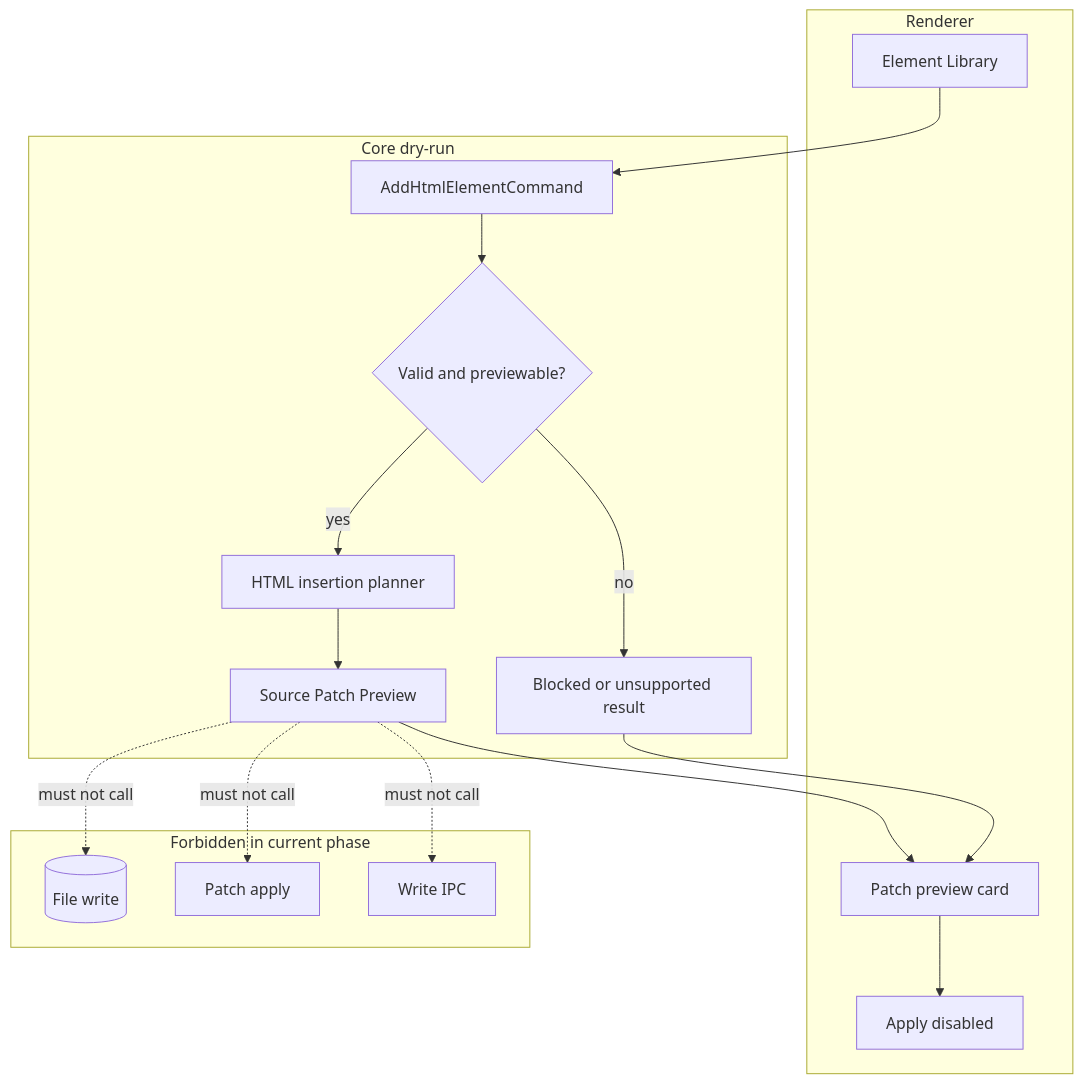
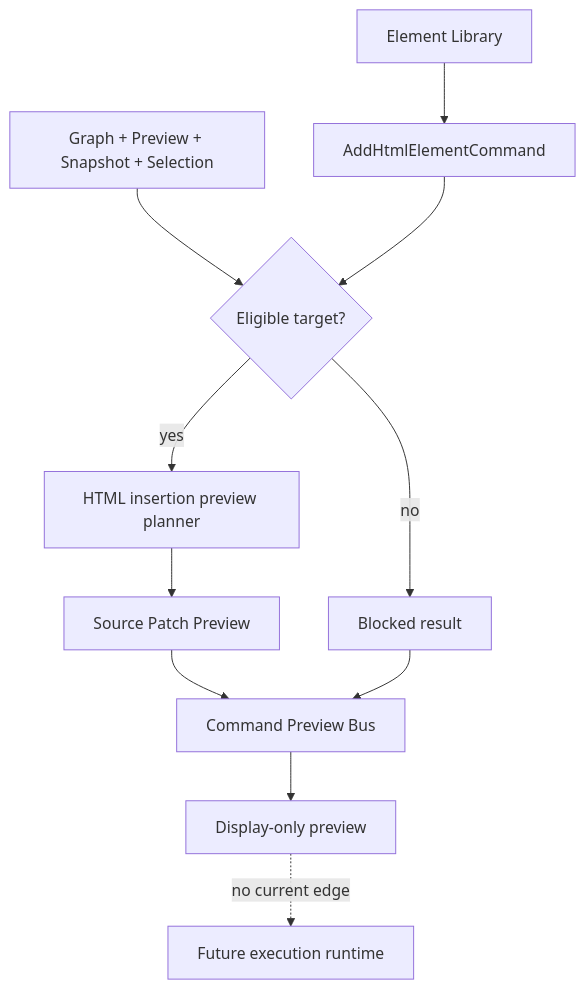
Before and after one commit to krestosa/Crystal: the diagram in docs/architecture/commands/README.md, drawn with Mermaid. The commit also changed other lines of this file and 60 other files, not shown here.

````diff
--- a/docs/architecture/commands/README.md
+++ b/docs/architecture/commands/README.md
@@ -71,29 +47,13 @@
 ```mermaid
 flowchart TD
-  subgraph Renderer[Renderer]
-    Library[Element Library]
-    PreviewCard[Patch preview card]
-    Apply[Apply disabled]
-  end
-
-  subgraph Core[Core dry-run]
-    Command[AddHtmlElementCommand]
-    Validator{Valid and previewable?}
-    Planner[HTML insertion planner]
-    Patch[Source Patch Preview]
-    Blocked[Blocked or unsupported result]
-  end
-
-  subgraph Forbidden[Forbidden in current phase]
-    FileWrite[(File write)]
-    PatchApply[Patch apply]
-    WriteIPC[Write IPC]
-  end
-
-  Library --> Command --> Validator
-  Validator -->|yes| Planner --> Patch --> PreviewCard --> Apply
-  Validator -->|no| Blocked --> PreviewCard
-  Patch -. must not call .-> FileWrite
-  Patch -. must not call .-> PatchApply
-  Patch -. must not call .-> WriteIPC
+  Library[Element Library] --> Intent[AddHtmlElementCommand]
+  Context[Graph + Preview + Snapshot + Selection] --> Eligible{Eligible target?}
+  Intent --> Eligible
+  Eligible -->|no| Blocked[Blocked result]
+  Eligible -->|yes| Planner[HTML insertion preview planner]
+  Planner --> Patch[Source Patch Preview]
+  Patch --> Bus[Command Preview Bus]
+  Blocked --> Bus
+  Bus --> UI[Display-only preview]
+  UI -. no current edge .-> Execute[Future execution runtime]
 ```
````
